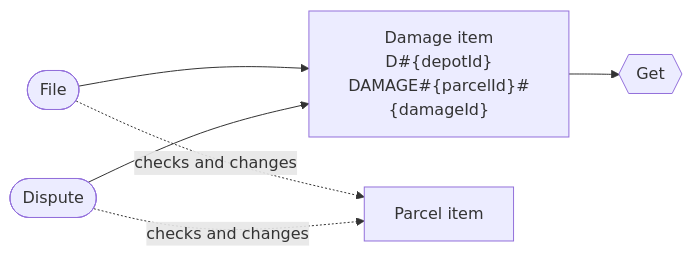
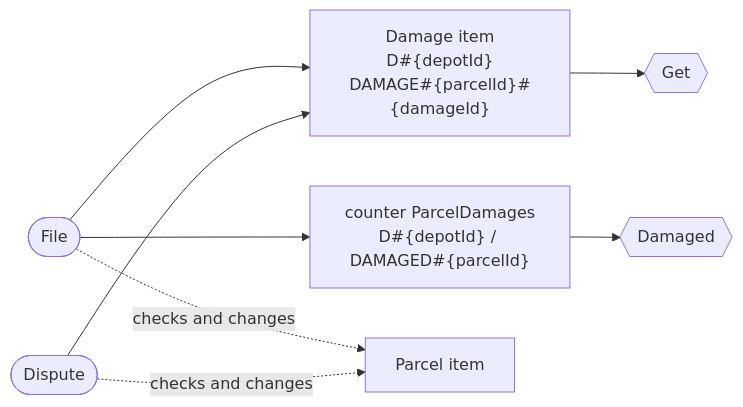
Before and after one commit to nicklanng/dynago: the seventh of 7 diagrams in internal/e2e/fixture/fixture.model.md, drawn with Mermaid. The commit also changed other lines of this file and 21 other files, not shown here.

````diff
--- a/internal/e2e/fixture/fixture.model.md
+++ b/internal/e2e/fixture/fixture.model.md
@@ -402,14 +420,17 @@
 ```mermaid
 flowchart LR
   item_Damage["Damage item<br/>D#35;{depotId}<br/>DAMAGE#35;{parcelId}#35;{damageId}"]
+  counter_ParcelDamages["counter ParcelDamages<br/>D#35;{depotId} / DAMAGED#35;{parcelId}"]
   w_File(["File"])
-  w_File --> item_Damage
+  w_File --> item_Damage & counter_ParcelDamages
   other_Parcel["Parcel item"]
   w_File -. checks and changes .-> other_Parcel
   w_Dispute(["Dispute"])
   w_Dispute --> item_Damage
   other_Parcel["Parcel item"]
   w_Dispute -. checks and changes .-> other_Parcel
   r_Get{{"Get"}}
   item_Damage --> r_Get
+  r_Damaged{{"Damaged"}}
+  counter_ParcelDamages --> r_Damaged
 ```
````
